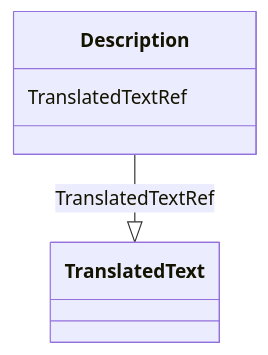
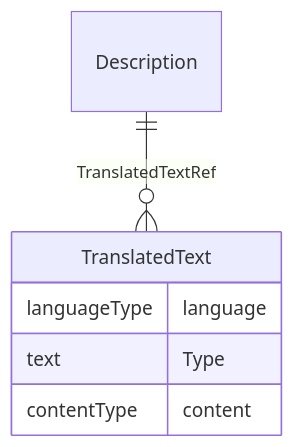
The diagram in docs/Description.md (cdisc-org/DataExchange-ODM-LinkML), drawn with Mermaid before and after one commit. The commit also changed other lines of this file and 181 other files, not shown here.

Commit message:
ER diagrams working via templates and removing names with underscores

````diff
--- a/docs/Description.md
+++ b/docs/Description.md
@@ -14,9 +11,14 @@
 ```mermaid
- classDiagram
-    class Description
-      Description : TranslatedTextRef
-        
-          Description --|> TranslatedText : TranslatedTextRef
-        
-      
+erDiagram
+Description {
+
+}
+TranslatedText {
+    languageType language  
+    text Type  
+    contentType content  
+}
+
+Description ||--}o TranslatedText : "TranslatedTextRef"
+
 ```
````
